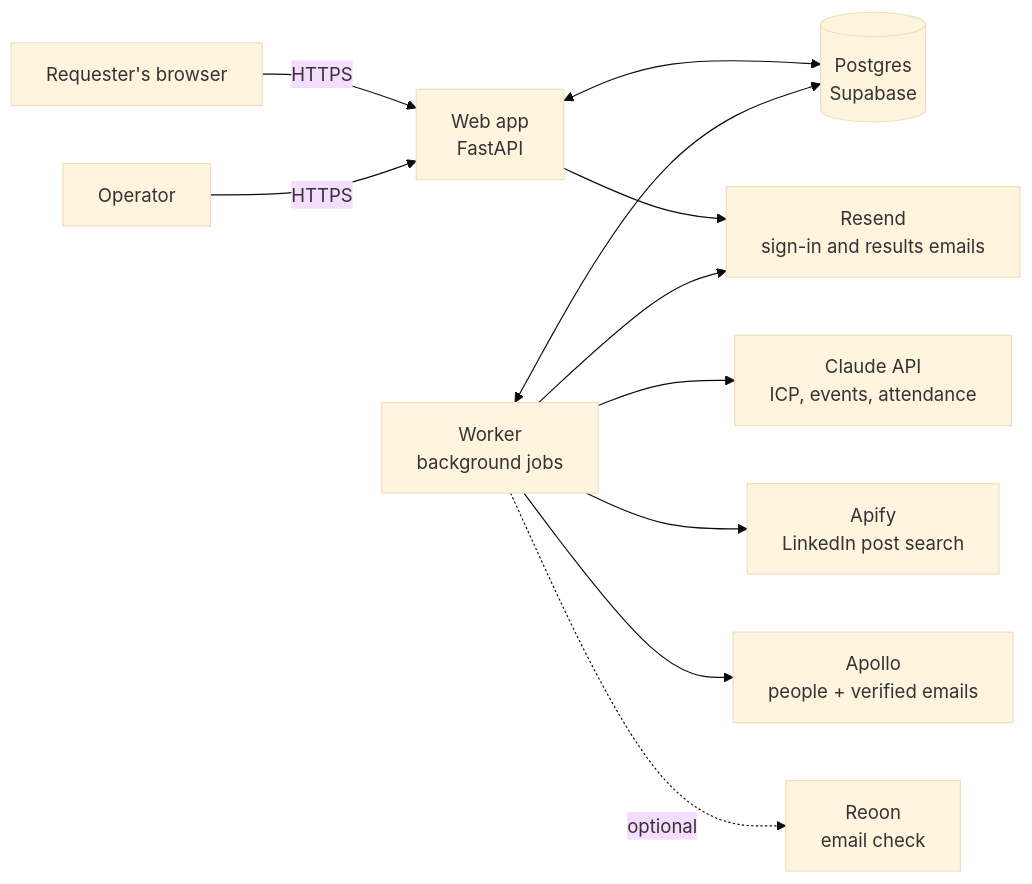
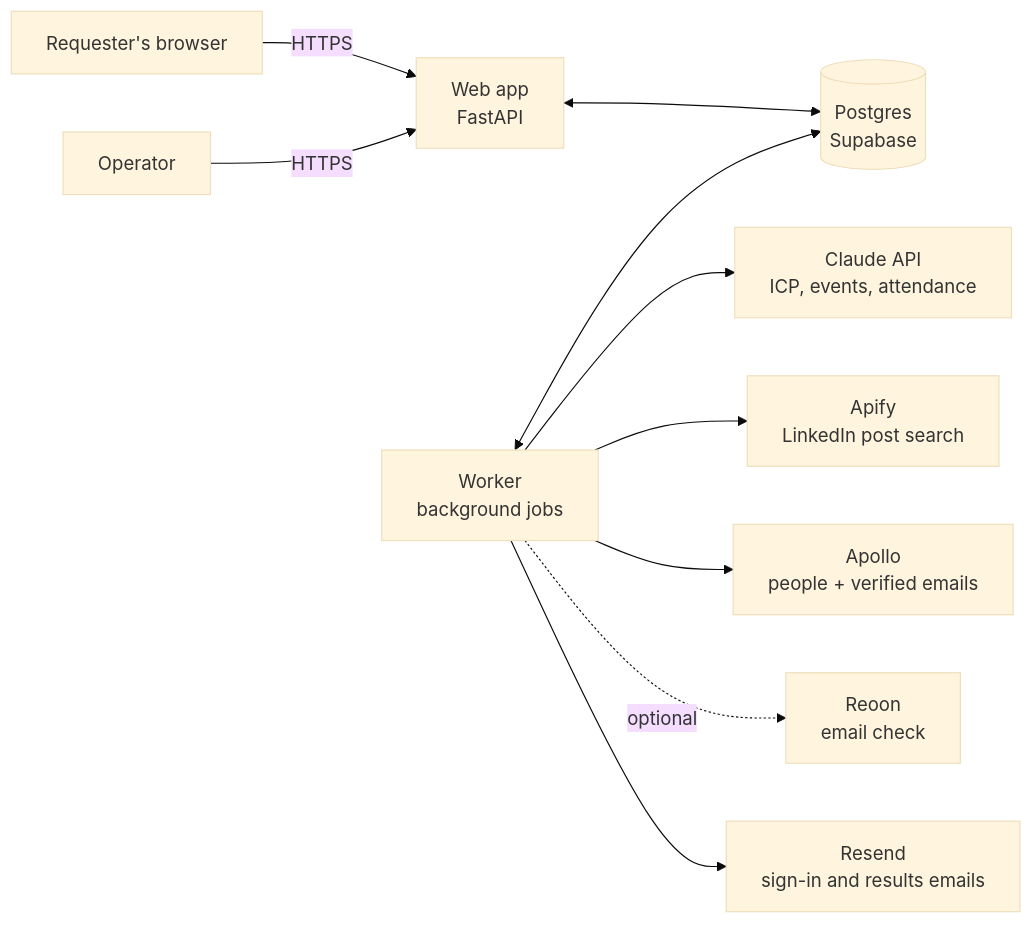
The first of 2 diagrams in docs/ARCHITECTURE.md (sdsouza133/events-leads), drawn with Mermaid (base theme) before and after one commit. The commit also changed other lines of this file and 14 other files, not shown here.

````diff
--- a/docs/ARCHITECTURE.md
+++ b/docs/ARCHITECTURE.md
@@ -5,13 +5,12 @@
 ```mermaid
 flowchart LR
     U[Requester's browser] -->|HTTPS| W[Web app<br/>FastAPI]
     O[Operator] -->|HTTPS| W
     W <--> DB[(Postgres<br/>Supabase)]
     K[Worker<br/>background jobs] <--> DB
     K --> A[Claude API<br/>ICP, events, attendance]
     K --> P[Apify<br/>LinkedIn post search]
     K --> AP[Apollo<br/>people + verified emails]
     K -.optional.-> R[Reoon<br/>email check]
-    W --> M[Resend<br/>sign-in and results emails]
-    K --> M
+    K --> M[Resend<br/>sign-in and results emails]
 ```
````
